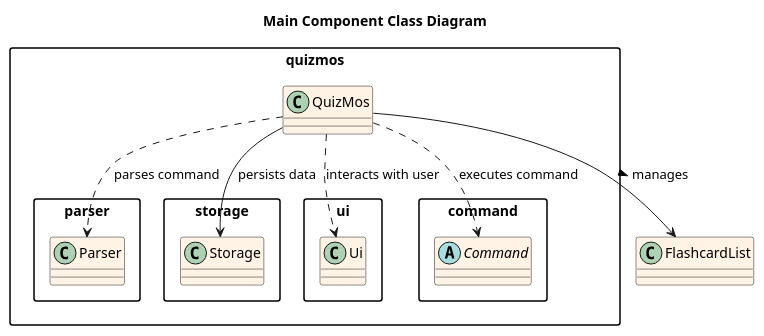
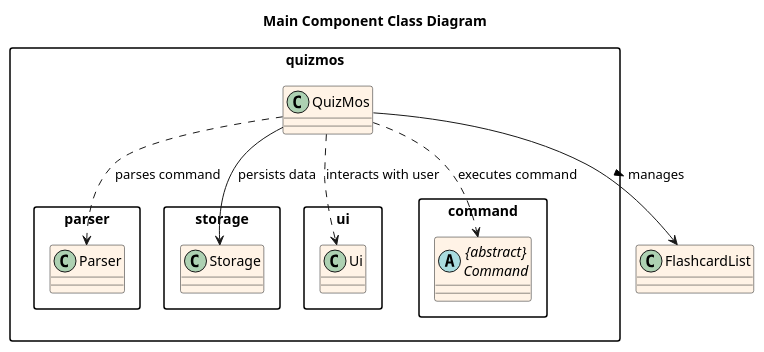
The diagram in docs/diagrams/MainComponent_ClassDiagram.puml (ashutoshalung/tp), drawn with PlantUML before and after one commit. The commit also changed 1 other file, not shown here.

Commit message:
Change astract class in class diagram

```diff
--- a/docs/diagrams/MainComponent_ClassDiagram.puml
+++ b/docs/diagrams/MainComponent_ClassDiagram.puml
@@ -1,37 +1,37 @@
 @startuml MainComponent_ClassDiagram
 
 title Main Component Class Diagram
 
 skinparam classAttributeIconSize 0
 skinparam classBackgroundColor #FFF3E6
 skinparam packageStyle rectangle
 skinparam shadowing false
 
 package "quizmos" {
     class QuizMos
 }
 
 package "quizmos.parser" {
     class Parser
 }
 
 package "quizmos.storage" {
     class Storage
 }
 
 package "quizmos.ui" {
     class Ui
 }
 
 package "quizmos.command" {
-    abstract class Command
+    abstract class "{abstract}\nCommand" as Command
 }
 
 /' Relationships '/
 QuizMos --> FlashcardList : manages >
 QuizMos ..> Parser : parses command
 QuizMos ..> Command : executes command
 QuizMos --> Storage : persists data
 QuizMos ..> Ui : interacts with user
 
 @enduml
```
